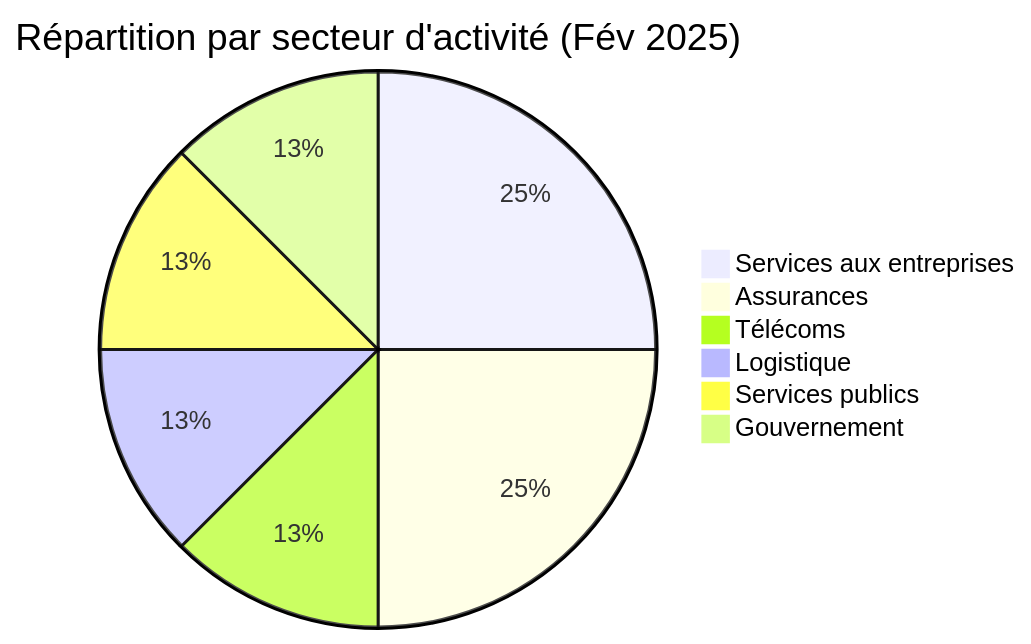
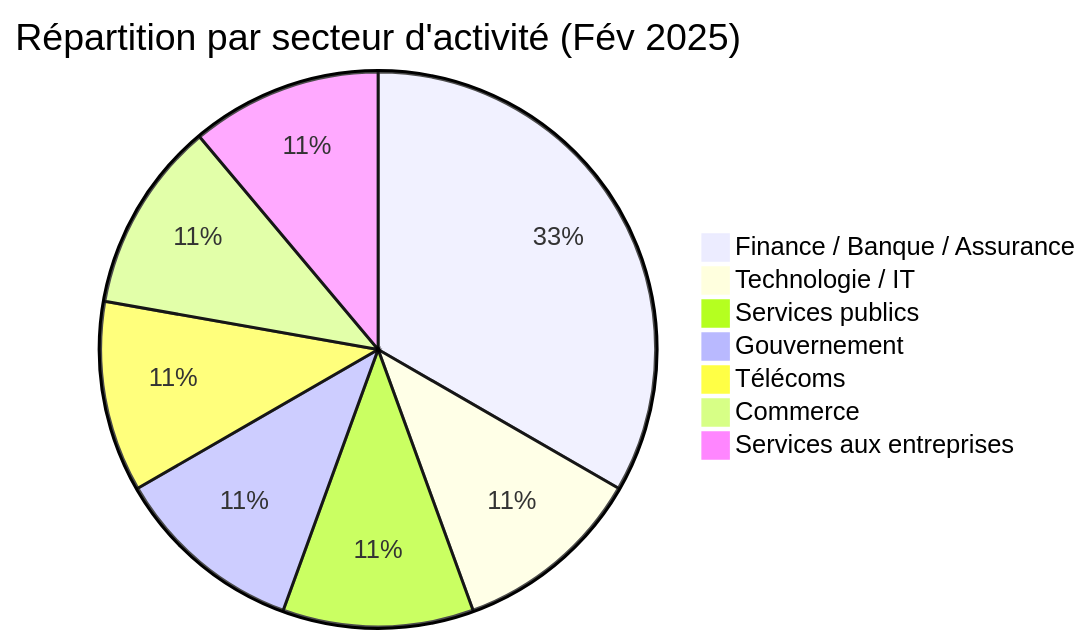
One commit to Hatchepsoute/AFRINTEL changed the second of 5 diagrams in CyberAttackAfrica/2025/02-february/README_FR.md. Above: the diagram before and after it, drawn with Mermaid. The commit also changed other lines of this file and 255 other files, not shown here.

````diff
--- a/CyberAttackAfrica/2025/02-february/README_FR.md
+++ b/CyberAttackAfrica/2025/02-february/README_FR.md
@@ -52,9 +55,10 @@
 ```mermaid
 pie title Répartition par secteur d'activité (Fév 2025)
-    "Services aux entreprises" : 2
-    "Assurances" : 2
-    "Télécoms" : 1
-    "Logistique" : 1
+    "Finance / Banque / Assurance" : 3
+    "Technologie / IT" : 1
     "Services publics" : 1
     "Gouvernement" : 1
+    "Télécoms" : 1
+    "Commerce" : 1
+    "Services aux entreprises" : 1
 ```
````
